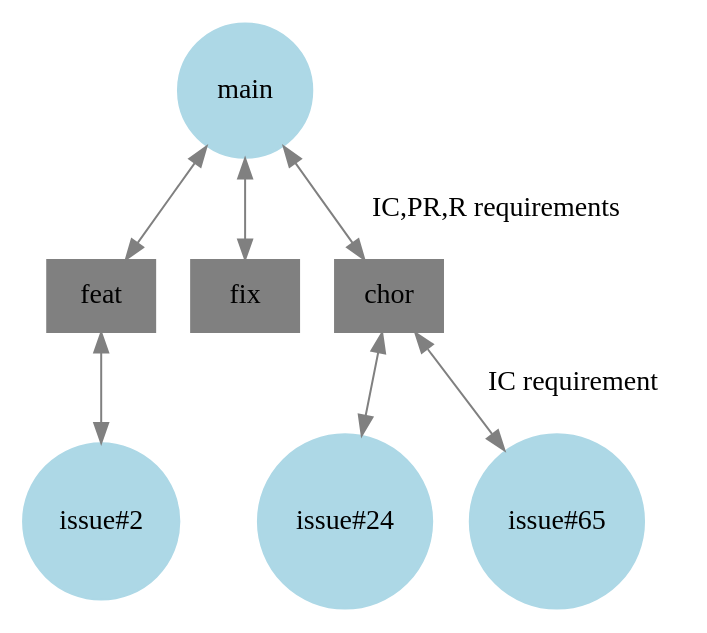
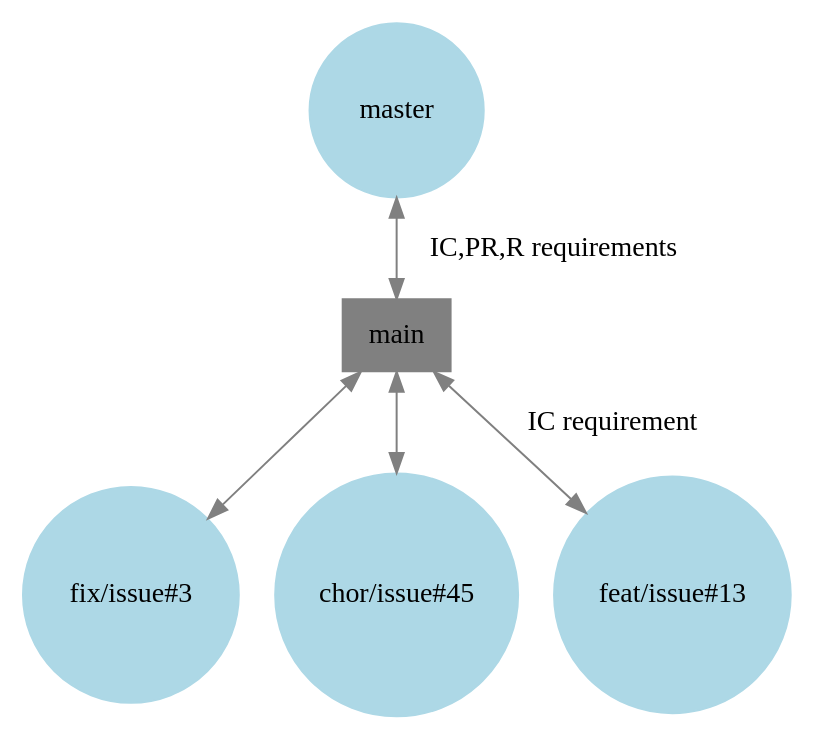
One commit to NicolassHernandez/SAO changed the diagram in docs/source/additional.rst. Above: the diagram before and after it, drawn with Graphviz. The commit also changed 8 other files, not shown here.

```diff
--- a/docs/source/additional.rst
+++ b/docs/source/additional.rst
@@ -56,23 +56,19 @@
 .. graphviz::
 
    digraph {
        node [shape=circle, style=filled, color=lightblue, fixedsize=false];
        edge [color=gray, fontcolor=black];
 
-       A [label="main"];
-       
-       B [label="feat", shape=box, color=gray];
-       C [label="fix", shape=box, color=gray];
-       D [label="chor", shape=box, color=gray];
+       A [label="master"];
+       B [label="main", shape=box, color=gray];
 
-       E [width=1,height=1,label="issue#2"];
-       F [width=1,height=1,label="issue#24"];
-       G [width=1,height=1,label="issue#65"];
+       C [label="fix/issue#3",width=1.5,height=1.5];
+       D [label="chor/issue#45",width=1.5,height=1.5];
+       E [label="feat/issue#13", width=1.5,height=1.5];
 
-       A -> B [ dir="both"];
-       A -> C [ dir="both"];
-       A -> D [label="IC,PR,R requirements", dir="both"];
-       B -> E [ dir="both"];
-       D -> F [ dir="both"];
-       D -> G [label="IC requirement", dir="both"];
+       A -> B [ dir="both",label="IC,PR,R requirements"];
+
+       B -> C [ dir="both"];
+       B -> D [ dir="both"];
+       B -> E [label="IC requirement", dir="both"];
    }
```
